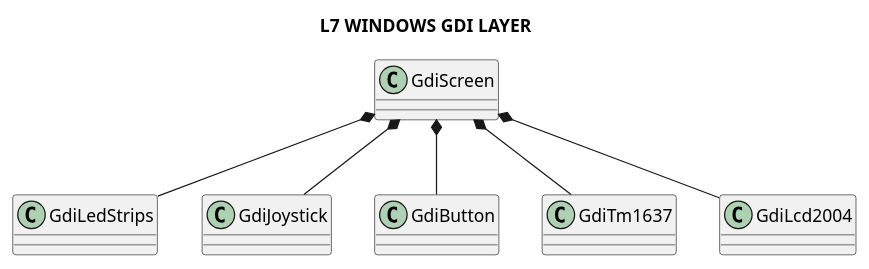
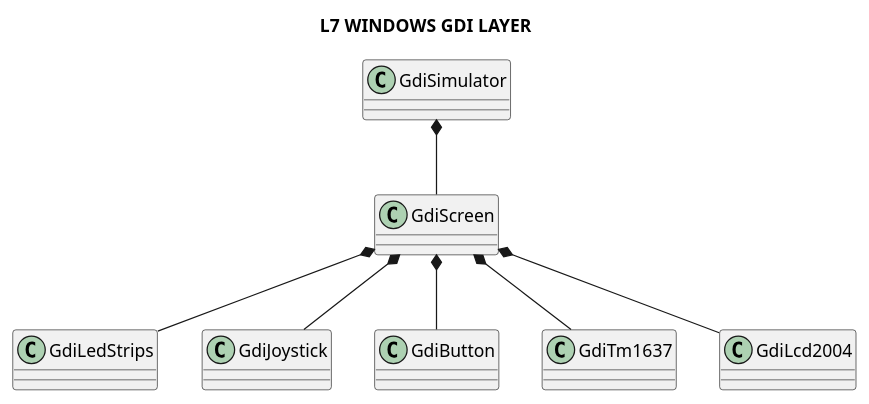
The diagram in Docs/Software Design/Layers/L7_windows_gdi_layer.puml (michelkeijzers/fraxis), drawn with PlantUML before and after one commit. The commit also changed 50 other files, not shown here.

```diff
--- a/Docs/Software Design/Layers/L7_windows_gdi_layer.puml
+++ b/Docs/Software Design/Layers/L7_windows_gdi_layer.puml
@@ -1,21 +1,53 @@
 @startuml
 
 title L7 WINDOWS GDI LAYER
 
 skinparam packageStyle rectangle
 skinparam lineThickness 2
 
-class GdiScreen {}
-class GdiLedStrips {}
-class GdiJoystick {}
-class GdiButton {}
-class GdiTm1637 {}    
-class GdiLcd2004 {}
+class GdiSimulator
+{
+
+}
+
+class GdiScreen 
+{
+
+}
+
+GdiSimulator *-- GdiScreen
+
+class GdiLedStrips 
+{
+
+}
+
+class GdiJoystick 
+{
+
+}
+
+class GdiButton 
+{
+
+}
+
+class GdiTm1637 
+{
+
+}    
+
+class GdiLcd2004 
+{
+
+}
+
 
 GdiScreen *-- GdiLedStrips
 GdiScreen *-- GdiJoystick
 GdiScreen *-- GdiButton 
 GdiScreen *-- GdiTm1637
 GdiScreen *-- GdiLcd2004 
 
+
 @enduml
```
